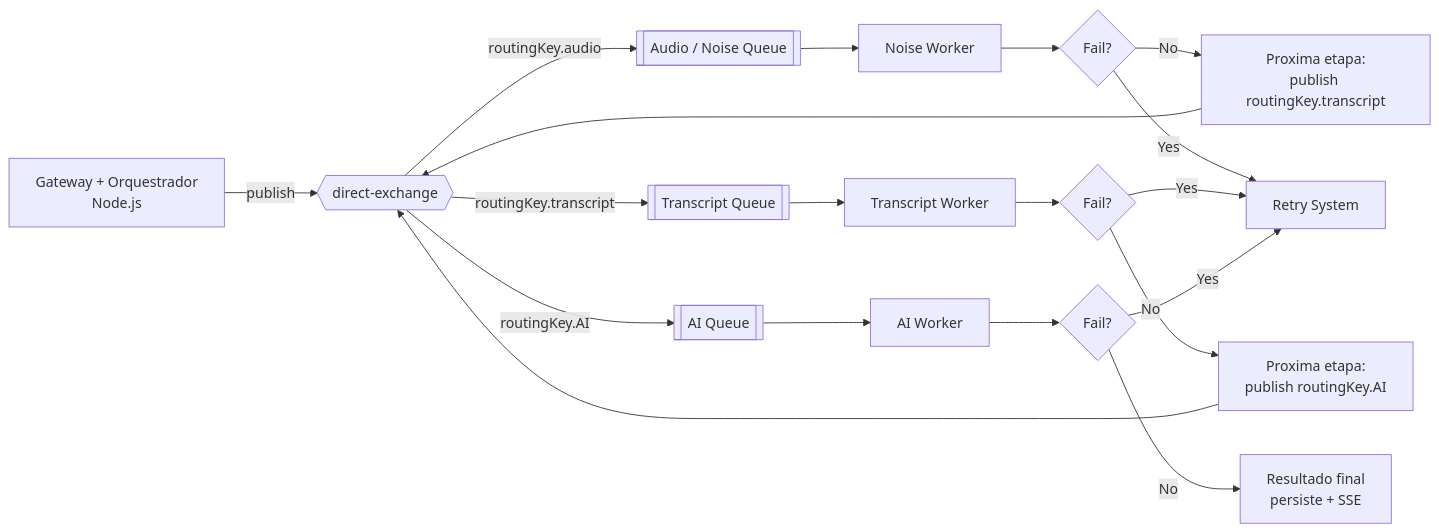
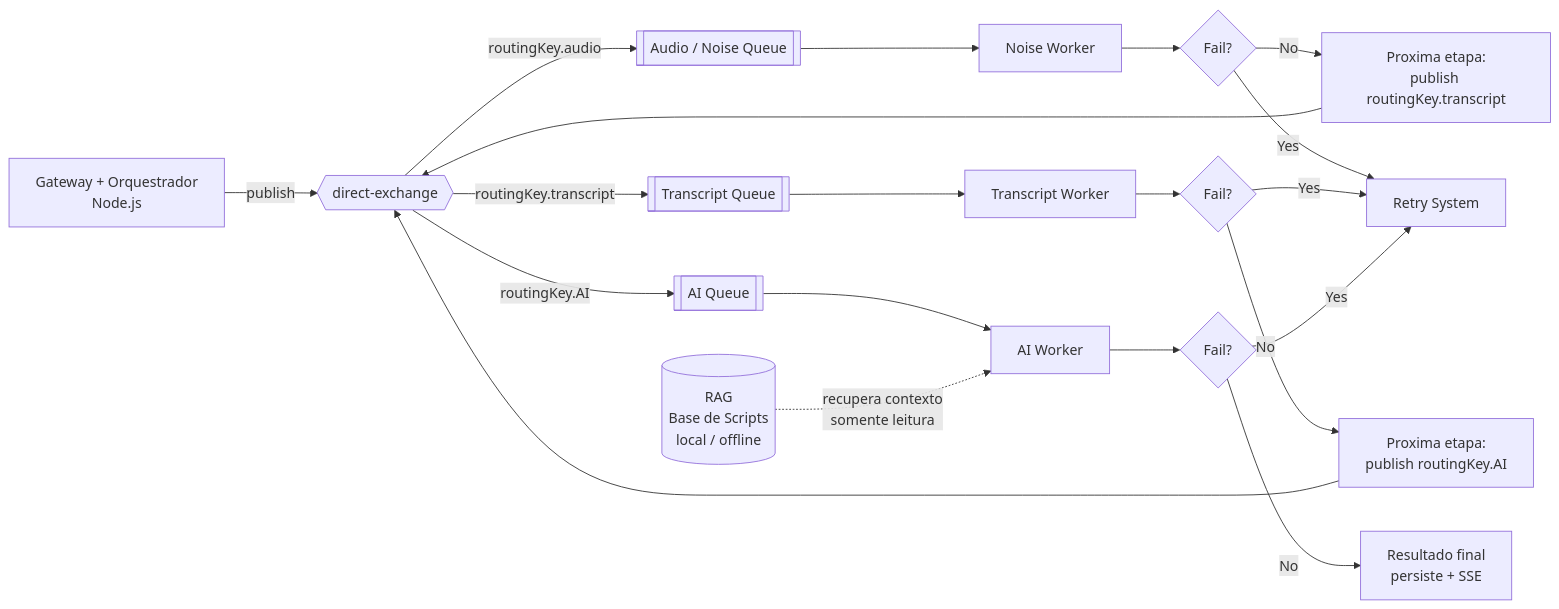
One commit to BrunoBianchi/midea-speech-to-text changed the third of 5 diagrams in .kiro/specs/system-design/design.md. Above: the diagram before and after it, drawn with Mermaid. The commit also changed other lines of this file and 3 other files, not shown here.

````diff
--- a/.kiro/specs/system-design/design.md
+++ b/.kiro/specs/system-design/design.md
@@ -127,26 +131,28 @@
 ```mermaid
 graph LR
     ORCH[Gateway + Orquestrador<br/>Node.js] -->|publish| EX{{direct-exchange}}
 
     EX -->|routingKey.audio| QA[[Audio / Noise Queue]]
     EX -->|routingKey.transcript| QT[[Transcript Queue]]
     EX -->|routingKey.AI| QI[[AI Queue]]
 
     QA --> WA[Noise Worker]
     QT --> WT[Transcript Worker]
     QI --> WI[AI Worker]
+
+    RAG[(RAG<br/>Base de Scripts<br/>local / offline)] -.->|recupera contexto<br/>somente leitura| WI
 
     WA --> DA{Fail?}
     WT --> DT{Fail?}
     WI --> DI{Fail?}
 
     DA -->|No| NXT1[Proxima etapa:<br/>publish routingKey.transcript]
     DT -->|No| NXT2[Proxima etapa:<br/>publish routingKey.AI]
     DI -->|No| DONE[Resultado final<br/>persiste + SSE]
 
     DA -->|Yes| RS[Retry System]
     DT -->|Yes| RS
     DI -->|Yes| RS
     NXT1 --> EX
     NXT2 --> EX
 ```
````
